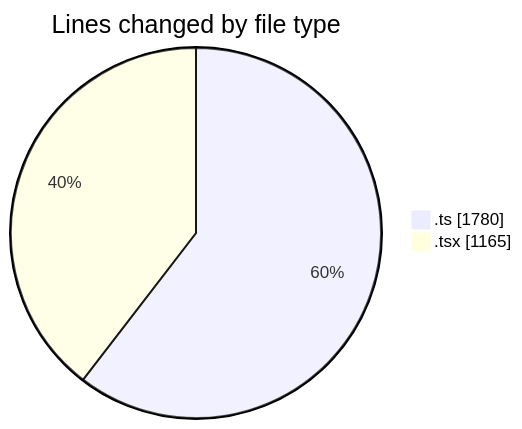
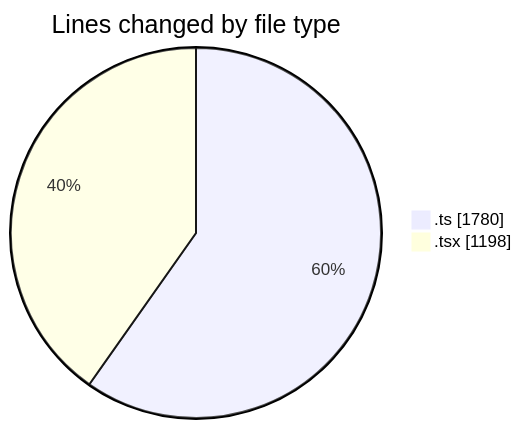
One commit to JenPaints/code-tracking changed the first of 2 diagrams in 2025-06-22/archive/README.md. Above: the diagram before and after it, drawn with Mermaid. The commit also changed other lines of this file and 1 other file, not shown here.

````diff
--- a/2025-06-22/archive/README.md
+++ b/2025-06-22/archive/README.md
@@ -26,6 +26,6 @@
 ```mermaid
 pie showData
 title Lines changed by file type
 ".ts" : 1780
-".tsx" : 1165
+".tsx" : 1198
 ```
````
